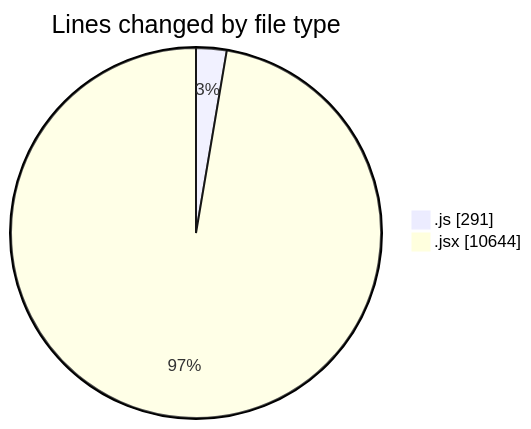
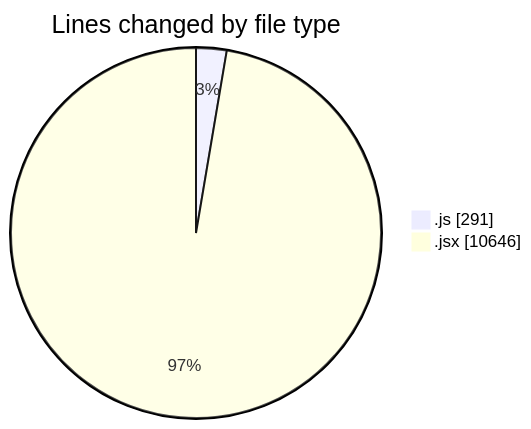
Before and after one commit to nxtqubesakshisongat/code-tracking: the first of 2 diagrams in 2025-07-28/nxtqube_webapp/README.md, drawn with Mermaid. The commit also changed other lines of this file and 1 other file, not shown here.

````diff
--- a/2025-07-28/nxtqube_webapp/README.md
+++ b/2025-07-28/nxtqube_webapp/README.md
@@ -45,6 +45,6 @@
 ```mermaid
 pie showData
 title Lines changed by file type
 ".js" : 291
-".jsx" : 10644
+".jsx" : 10646
 ```
````
